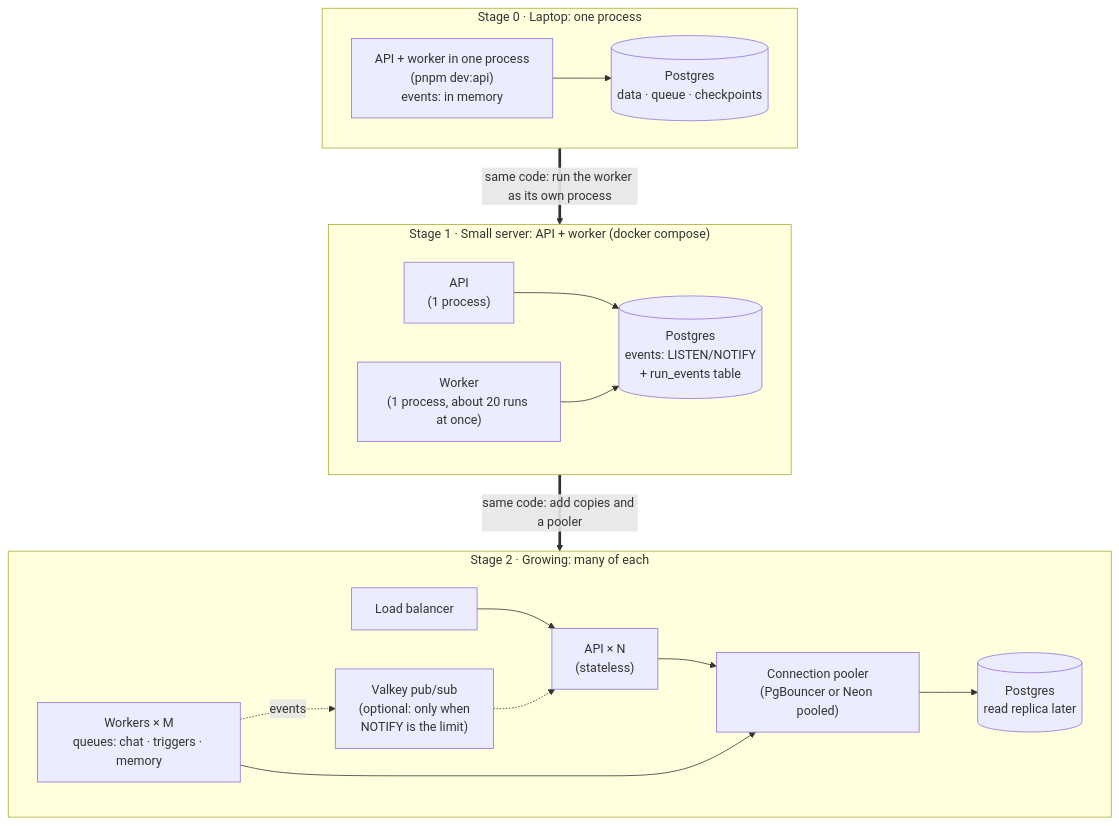
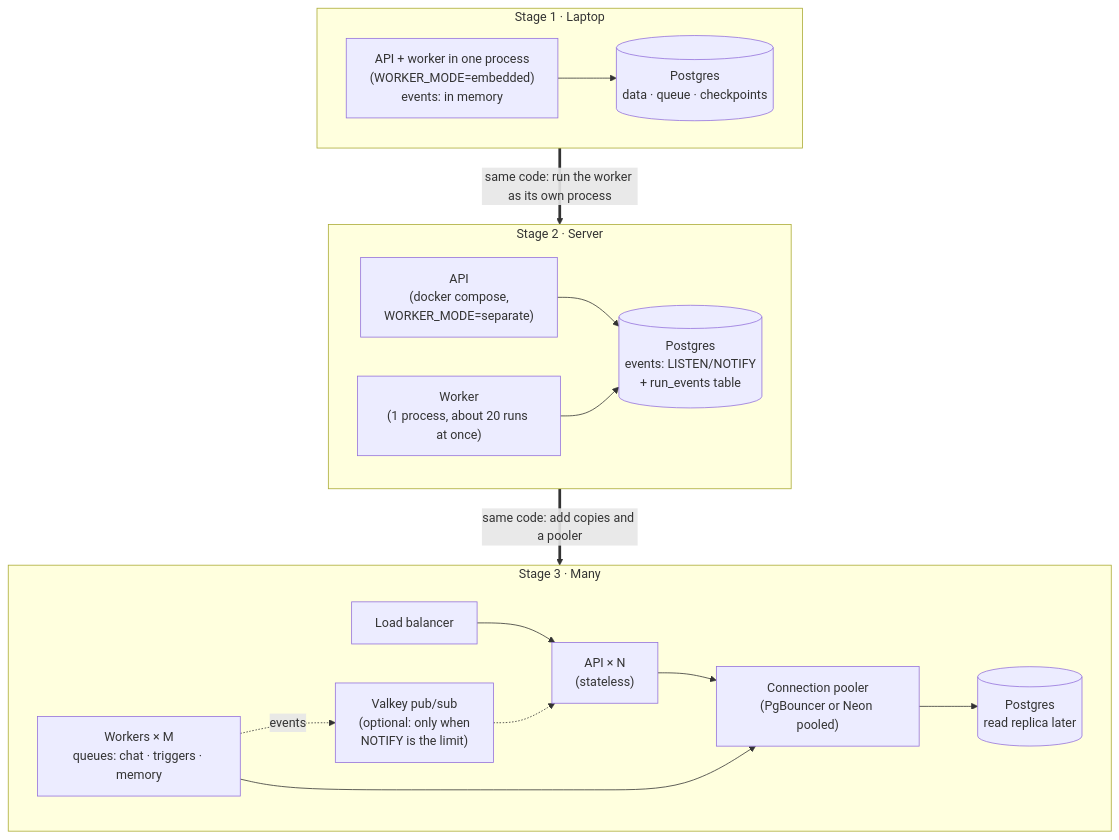
The diagram in docs/architecture/diagrams/13-scaling-stages.mmd (alihassan-coder/botdesk), drawn with Mermaid before and after one commit. The commit also changed 23 other files, not shown here.

Commit message:
docs: align architecture docs and diagrams with ADRs 0004-0006, mark high-level.md as partly historical

```diff
--- a/docs/architecture/diagrams/13-scaling-stages.mmd
+++ b/docs/architecture/diagrams/13-scaling-stages.mmd
@@ -1,20 +1,20 @@
 flowchart TB
-  subgraph S0["Stage 0 · Laptop: one process"]
+  subgraph S0["Stage 1 · Laptop"]
     direction LR
-    A0["API + worker in one process<br/>(pnpm dev:api)<br/>events: in memory"] --> P0[("Postgres<br/>data · queue · checkpoints")]
+    A0["API + worker in one process<br/>(WORKER_MODE=embedded)<br/>events: in memory"] --> P0[("Postgres<br/>data · queue · checkpoints")]
   end
-  subgraph S1["Stage 1 · Small server: API + worker (docker compose)"]
+  subgraph S1["Stage 2 · Server"]
     direction LR
-    A1["API<br/>(1 process)"] --> P1[("Postgres<br/>events: LISTEN/NOTIFY<br/>+ run_events table")]
+    A1["API<br/>(docker compose,<br/>WORKER_MODE=separate)"] --> P1[("Postgres<br/>events: LISTEN/NOTIFY<br/>+ run_events table")]
     W1["Worker<br/>(1 process, about 20 runs at once)"] --> P1
   end
-  subgraph S2["Stage 2 · Growing: many of each"]
+  subgraph S2["Stage 3 · Many"]
     direction LR
     LB["Load balancer"] --> A2["API × N<br/>(stateless)"]
     A2 --> PB["Connection pooler<br/>(PgBouncer or Neon pooled)"] --> P2[("Postgres<br/>read replica later")]
     W2["Workers × M<br/>queues: chat · triggers · memory"] --> PB
     W2 -. "events" .-> V["Valkey pub/sub<br/>(optional: only when<br/>NOTIFY is the limit)"]
     V -.-> A2
   end
   S0 == "same code: run the worker as its own process" ==> S1
   S1 == "same code: add copies and a pooler" ==> S2
```
